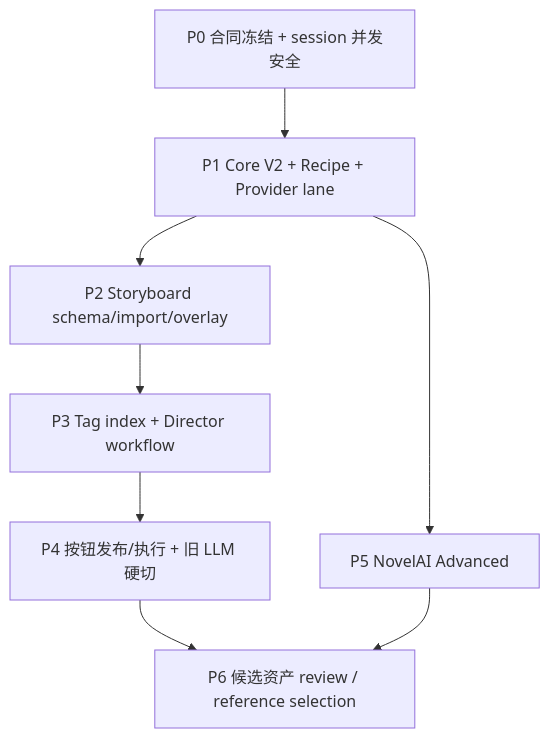
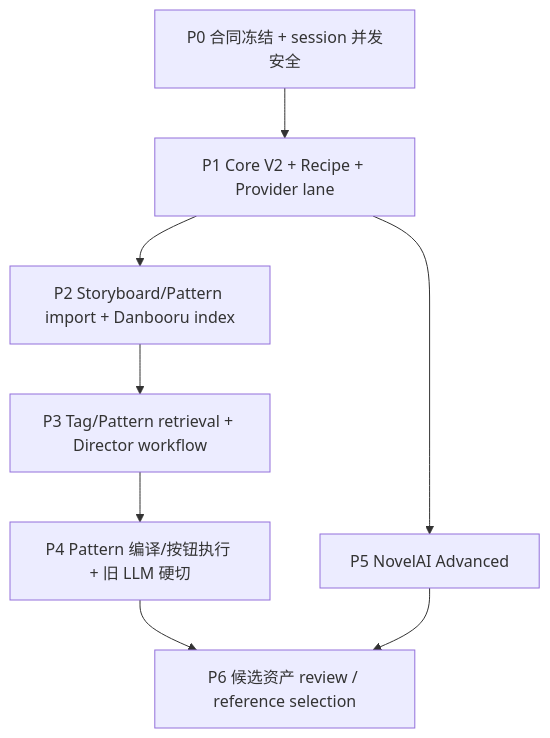
Before and after one commit to HAC4E2/neuro-book: the fifth of 5 diagrams in docs/superpowers/specs/2026-07-17-chatu8-storyboard-agent-illustration-design.md, drawn with Mermaid. The commit also changed other lines of this file and 402 other files, not shown here.

First line of the commit message:
feat: Route B 文生图面板全景落地 (P0-P6)

````diff
--- a/docs/superpowers/specs/2026-07-17-chatu8-storyboard-agent-illustration-design.md
+++ b/docs/superpowers/specs/2026-07-17-chatu8-storyboard-agent-illustration-design.md
@@ -1458,10 +2202,10 @@
 ```mermaid
 flowchart TD
     P0["P0 合同冻结 + session 并发安全"] --> P1["P1 Core V2 + Recipe + Provider lane"]
-    P1 --> P2["P2 Storyboard schema/import/overlay"]
-    P2 --> P3["P3 Tag index + Director workflow"]
-    P3 --> P4["P4 按钮发布/执行 + 旧 LLM 硬切"]
+    P1 --> P2["P2 Storyboard/Pattern import + Danbooru index"]
+    P2 --> P3["P3 Tag/Pattern retrieval + Director workflow"]
+    P3 --> P4["P4 Pattern 编译/按钮执行 + 旧 LLM 硬切"]
     P1 --> P5["P5 NovelAI Advanced"]
     P4 --> P6["P6 候选资产 review / reference selection"]
     P5 --> P6
 ```
````
